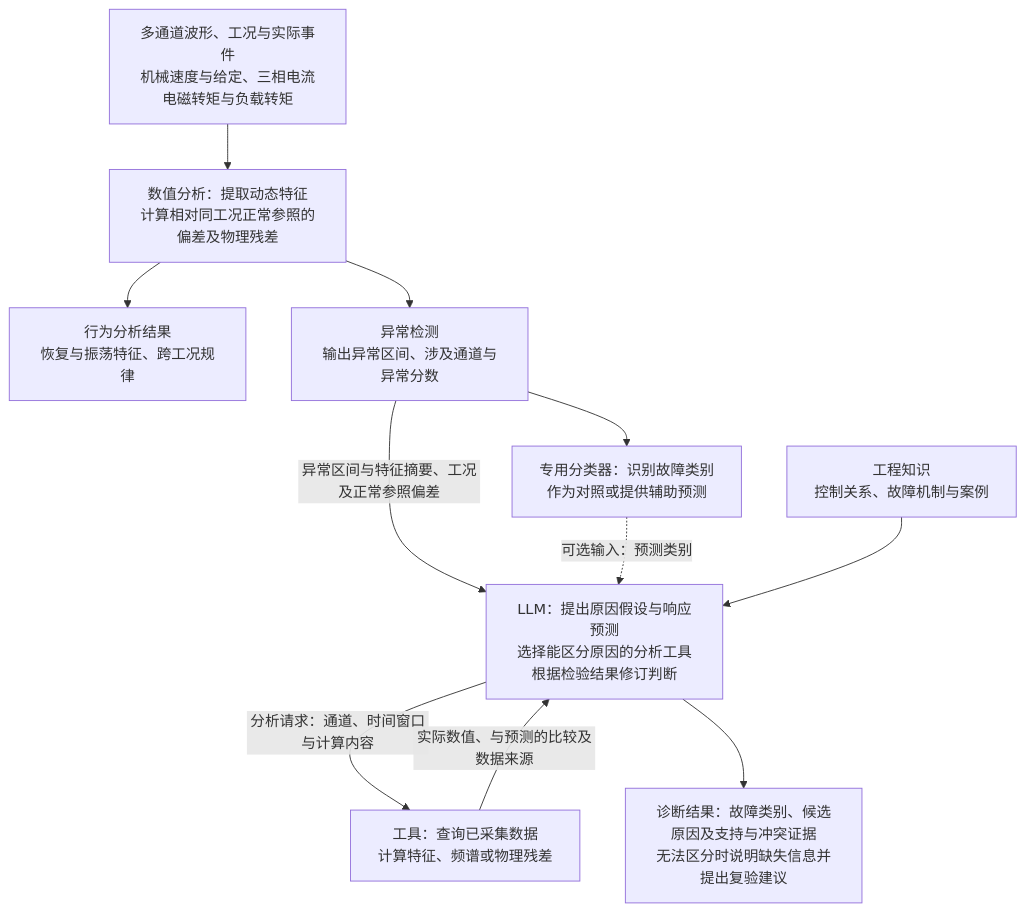
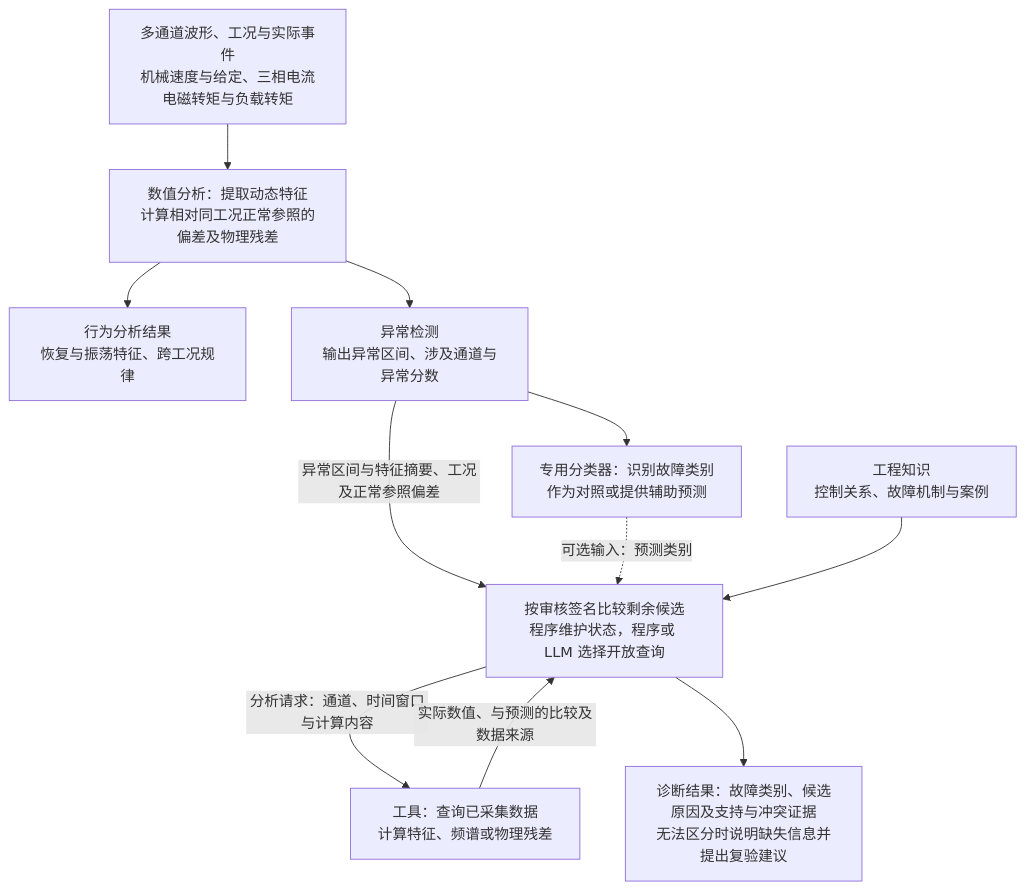
One commit to LYX2LK/Typhoon-HIL-lab-workflow changed the third of 3 diagrams in docs/research/2026-11-11-hil-ai-selection/discussion-brief.md. Above: the diagram before and after it, drawn with Mermaid. The commit also changed other lines of this file and 8 other files, not shown here.

````diff
--- a/docs/research/2026-11-11-hil-ai-selection/discussion-brief.md
+++ b/docs/research/2026-11-11-hil-ai-selection/discussion-brief.md
@@ -93,13 +91,13 @@
 ```mermaid
 flowchart TD
     A["多通道波形、工况与实际事件<br/>机械速度与给定、三相电流<br/>电磁转矩与负载转矩"] --> F["数值分析：提取动态特征<br/>计算相对同工况正常参照的偏差及物理残差"]
     F --> W["行为分析结果<br/>恢复与振荡特征、跨工况规律"]
     F --> D["异常检测<br/>输出异常区间、涉及通道与异常分数"]
     D --> C["专用分类器：识别故障类别<br/>作为对照或提供辅助预测"]
-    D -->|异常区间与特征摘要、工况及正常参照偏差| L["LLM：提出原因假设与响应预测<br/>选择能区分原因的分析工具<br/>根据检验结果修订判断"]
+    D -->|异常区间与特征摘要、工况及正常参照偏差| L["按审核签名比较剩余候选<br/>程序维护状态，程序或 LLM 选择开放查询"]
     C -.->|可选输入：预测类别| L
     K["工程知识<br/>控制关系、故障机制与案例"] --> L
     L -->|分析请求：通道、时间窗口与计算内容| T["工具：查询已采集数据<br/>计算特征、频谱或物理残差"]
     T -->|实际数值、与预测的比较及数据来源| L
     L --> O["诊断结果：故障类别、候选原因及支持与冲突证据<br/>无法区分时说明缺失信息并提出复验建议"]
 ```
````
